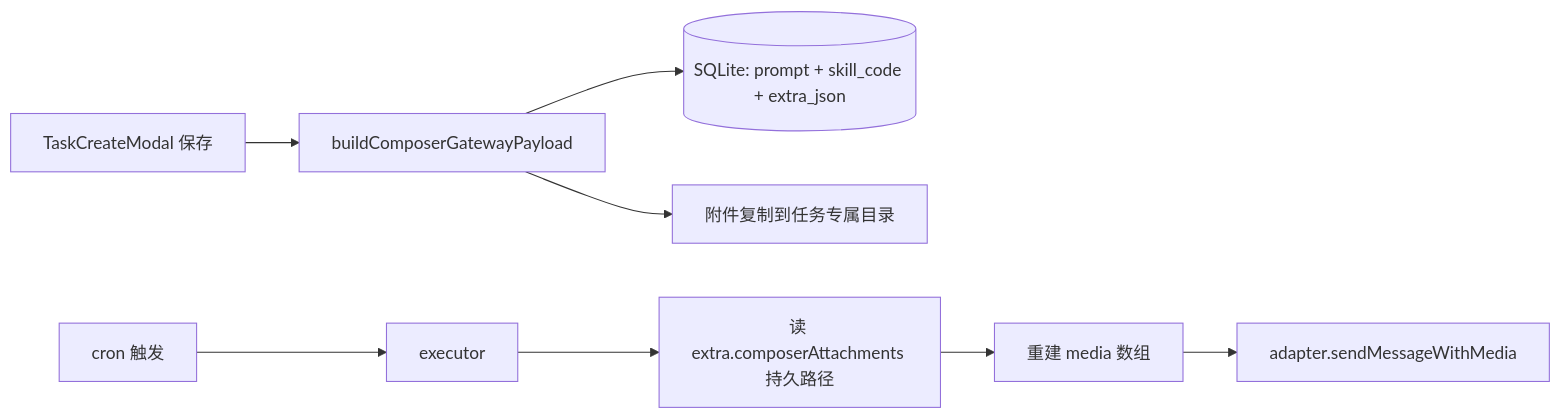
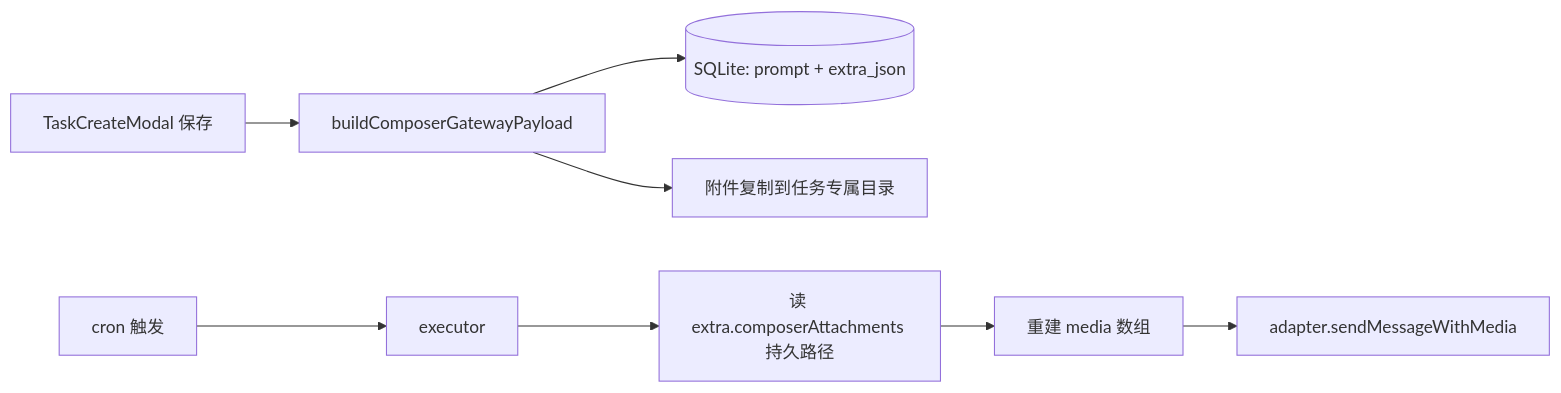
One commit to snecjk/sclaw changed the first of 2 diagrams in docs/Task接入抽离Composer与云端同步.md. Above: the diagram before and after it, drawn with Mermaid. The commit also changed other lines of this file and 60 other files, not shown here.

````diff
--- a/docs/Task接入抽离Composer与云端同步.md
+++ b/docs/Task接入抽离Composer与云端同步.md
@@ -45,10 +46,10 @@
 ```mermaid
 flowchart LR
   Save[TaskCreateModal 保存] --> Bake[buildComposerGatewayPayload]
-  Bake --> DB[(SQLite: prompt + skill_code + extra_json)]
+  Bake --> DB[(SQLite: prompt + extra_json)]
   Bake --> Persist[附件复制到任务专属目录]
   Cron[cron 触发] --> Exec[executor]
   Exec --> Read[读 extra.composerAttachments 持久路径]
   Read --> Media[重建 media 数组]
   Media --> Send[adapter.sendMessageWithMedia]
 ```
````
